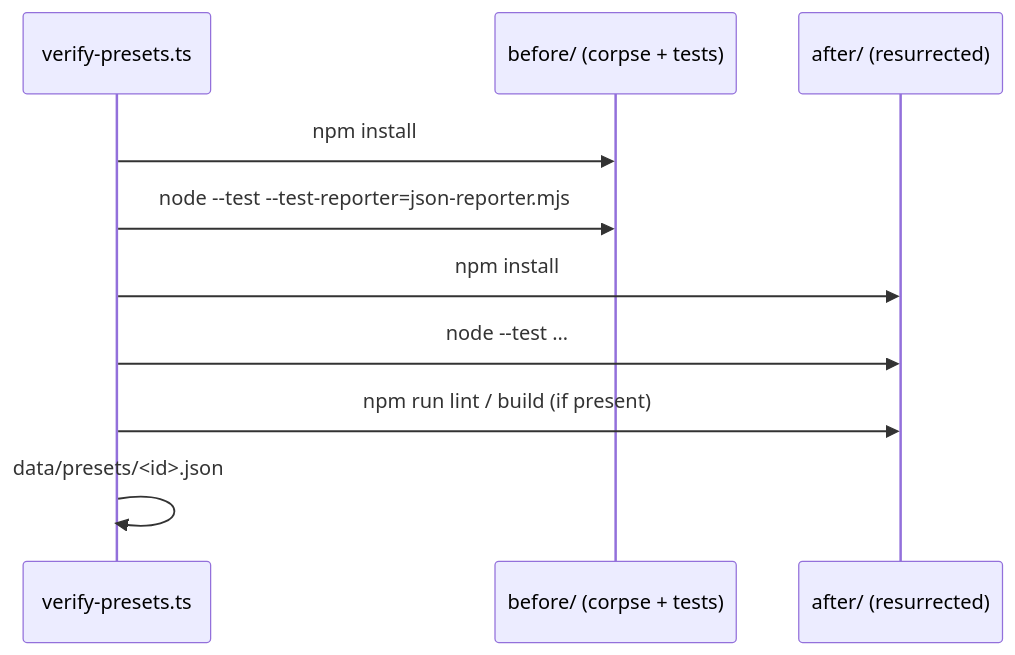
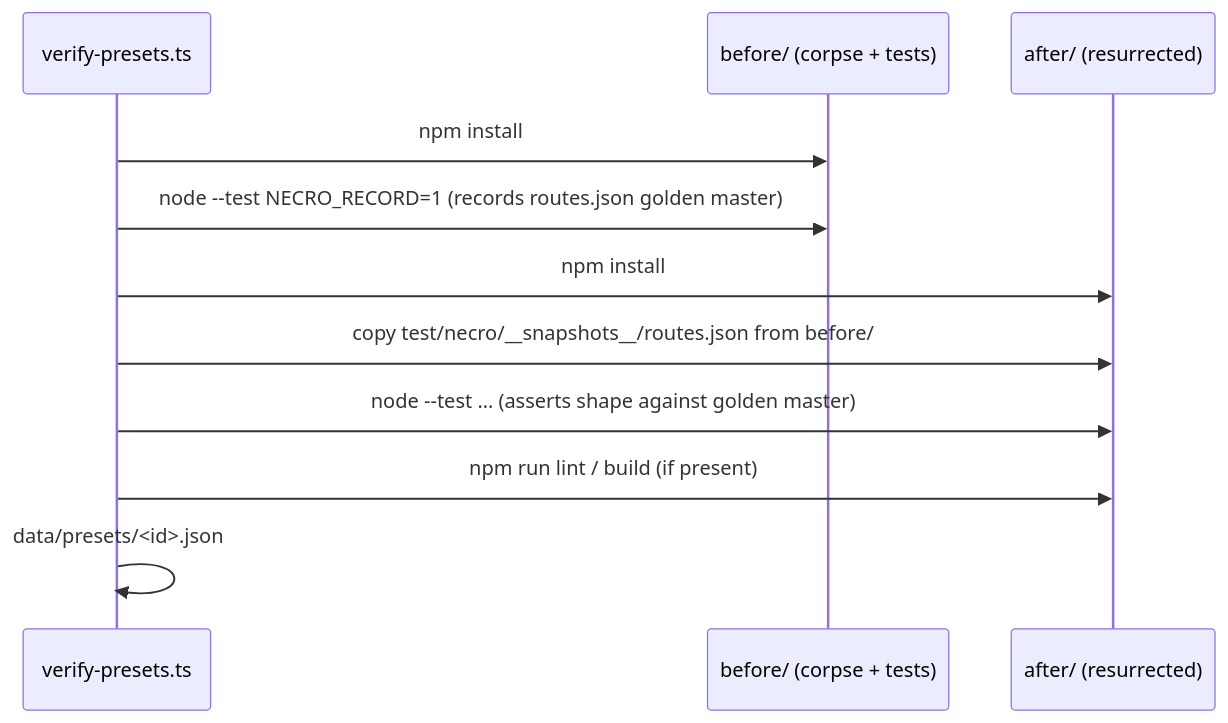
One commit to nguyenkhangph/reponecromancer changed the diagram in .kiro/specs/test-generation/design.md. Above: the diagram before and after it, drawn with Mermaid. The commit also changed other lines of this file and 6 other files, not shown here.

Commit message:
Golden-master HTTP snapshots for route tests (Kiro, test-generation task 8)

````diff
--- a/.kiro/specs/test-generation/design.md
+++ b/.kiro/specs/test-generation/design.md
@@ -23,12 +24,13 @@
 ```mermaid
 sequenceDiagram
   participant V as verify-presets.ts
   participant B as before/ (corpse + tests)
   participant A as after/ (resurrected)
   V->>B: npm install
-  V->>B: node --test --test-reporter=json-reporter.mjs
+  V->>B: node --test NECRO_RECORD=1 (records routes.json golden master)
   V->>A: npm install
-  V->>A: node --test …
+  V->>A: copy test/necro/__snapshots__/routes.json from before/
+  V->>A: node --test … (asserts shape against golden master)
   V->>A: npm run lint / build (if present)
   V->>V: data/presets/<id>.json
 ```
````
